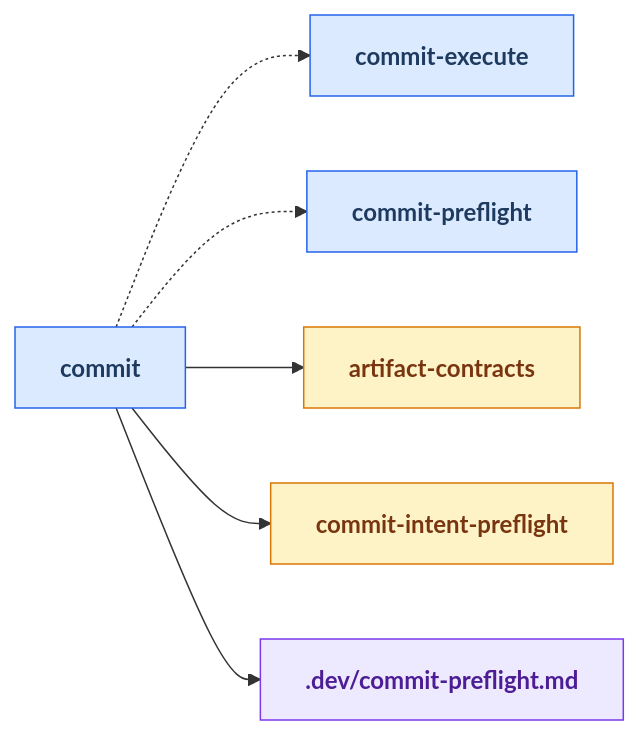
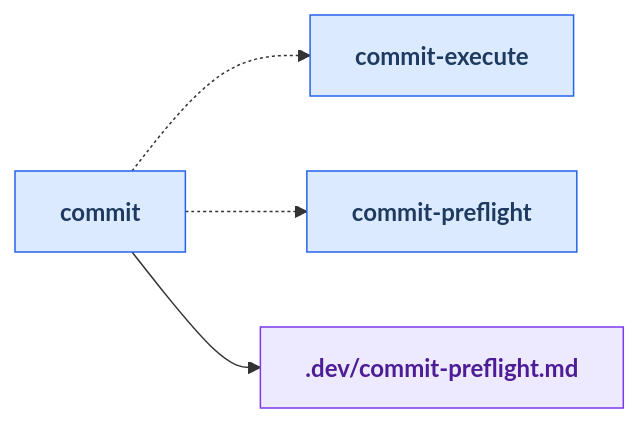
Before and after one commit to russell-laing/al-dev-shared: diagram 12 of 24 in docs/skills_map.md, drawn with Mermaid. The commit also changed other lines of this file, not shown here.

First line of the commit message:
📝 docs(skills-map): sync Layer 2 drilldowns with current skill set

````diff
--- a/docs/skills_map.md
+++ b/docs/skills_map.md
@@ -686,28 +627,22 @@
 ```mermaid
 flowchart LR
     classDef skillNode fill:#dbeafe,stroke:#2563eb,color:#1e3a5f,font-weight:bold
     classDef agentNode fill:#d1fae5,stroke:#059669,color:#064e3b,font-weight:bold
     classDef knowledgeNode fill:#fef3c7,stroke:#d97706,color:#78350f,font-weight:bold
     classDef artifactNode fill:#ede9fe,stroke:#7c3aed,color:#4c1d95,font-weight:bold
     classDef phaseNode fill:#e0e7ff,stroke:#6366f1,color:#312e81,font-weight:bold
 
     skill_commit[commit]
     skill_commit_execute[commit-execute]
     skill_commit_preflight[commit-preflight]
-    knowledge_artifact_contracts_md[artifact-contracts]
-    knowledge_commit_intent_preflight_md[commit-intent-preflight]
     artifact_commit_preflight_md[.dev/commit-preflight.md]
 
     skill_commit -.-> skill_commit_execute
     skill_commit -.-> skill_commit_preflight
-    skill_commit --> knowledge_artifact_contracts_md
-    skill_commit --> knowledge_commit_intent_preflight_md
     skill_commit --> artifact_commit_preflight_md
 
     class skill_commit skillNode
     class skill_commit_execute skillNode
     class skill_commit_preflight skillNode
-    class knowledge_artifact_contracts_md knowledgeNode
-    class knowledge_commit_intent_preflight_md knowledgeNode
     class artifact_commit_preflight_md artifactNode
 ```
````
